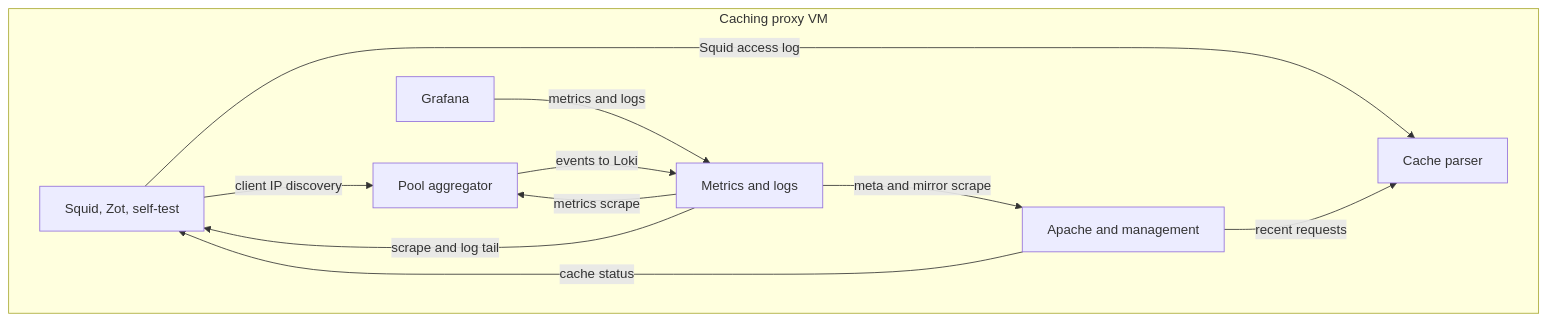
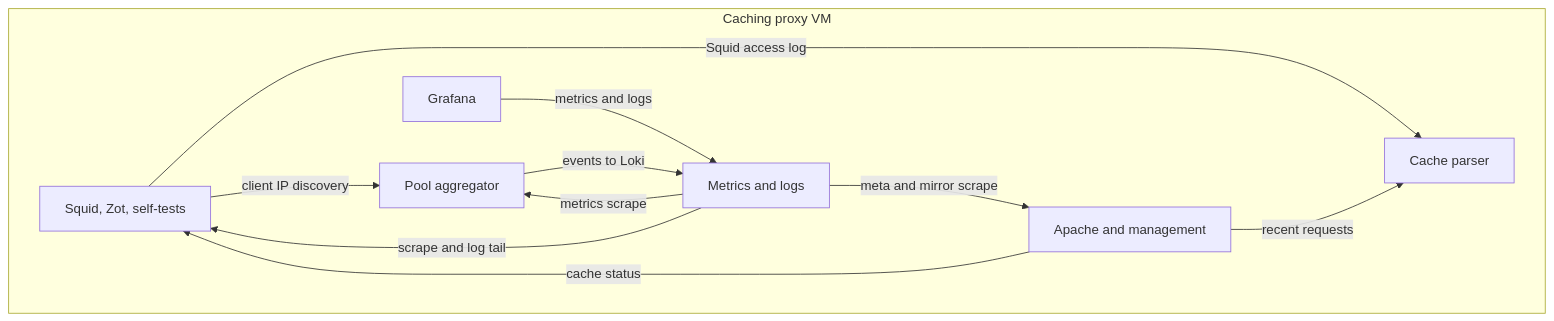
Before and after one commit to alissonsol/yuruna: the sixth of 10 diagrams in docs/design/06-deployment.md, drawn with Mermaid. The commit also changed other lines of this file and 1313 other files, not shown here.

````diff
--- a/docs/design/06-deployment.md
+++ b/docs/design/06-deployment.md
@@ -334,20 +376,20 @@
 ```mermaid
 flowchart TB
     subgraph caching-proxy-service["Caching proxy VM"]
-        squid-zot["Squid, Zot, self-test"]
+        squid-zot["Squid, Zot, self-tests"]
         caching-proxy-parser-service["Cache parser"]
         pool-aggregator-service["Pool aggregator"]
         prometheus-loki["Metrics and logs"]
         grafana["Grafana"]
         apache2["Apache and management"]
     end
     squid-zot -->|Squid access log| caching-proxy-parser-service
     squid-zot -->|client IP discovery| pool-aggregator-service
     prometheus-loki -->|scrape and log tail| squid-zot
     prometheus-loki -->|metrics scrape| pool-aggregator-service
     prometheus-loki -->|meta and mirror scrape| apache2
     pool-aggregator-service -->|events to Loki| prometheus-loki
     grafana -->|metrics and logs| prometheus-loki
     apache2 -->|cache status| squid-zot
     apache2 -->|recent requests| caching-proxy-parser-service
 ```
````
